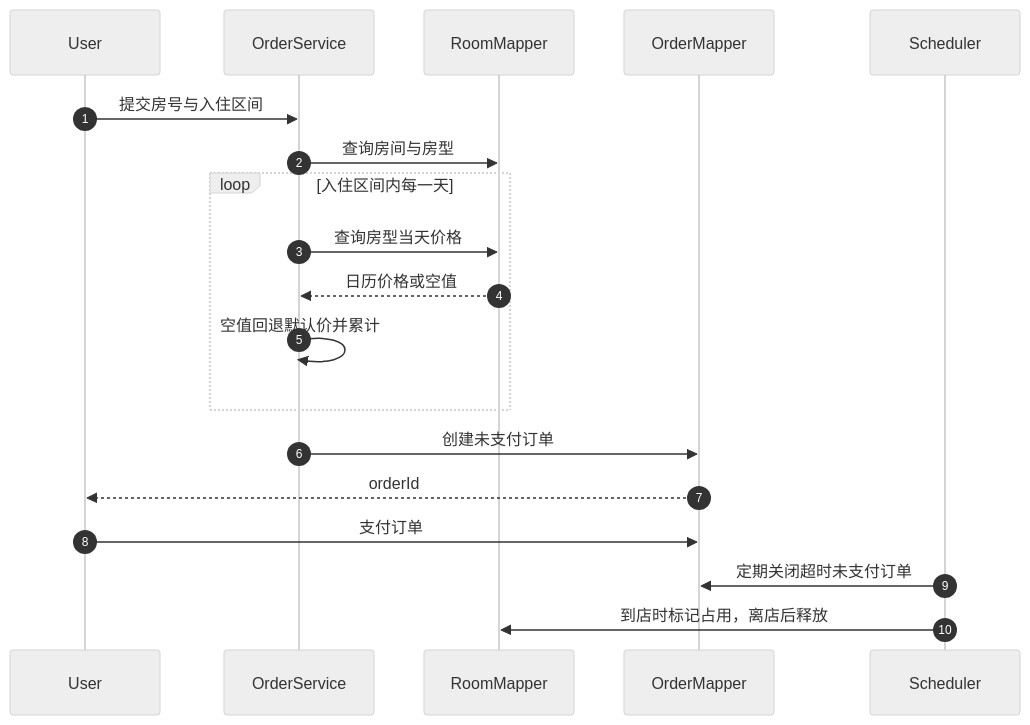
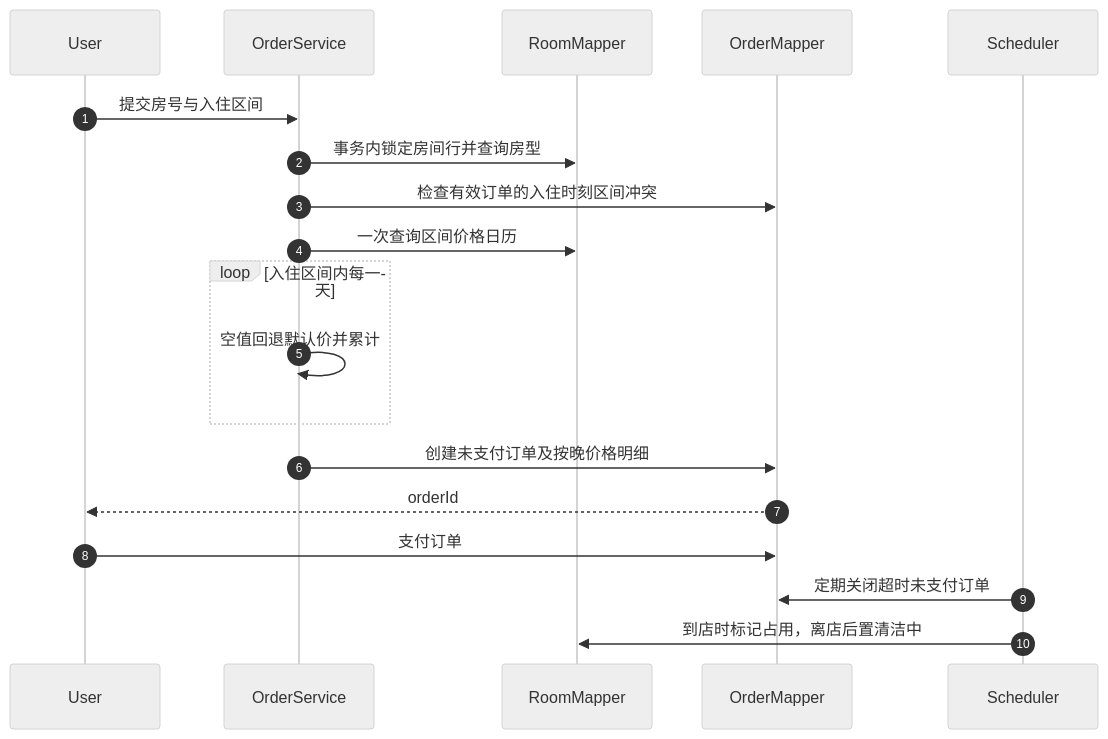
Before and after one commit to Attacker687/HotelSystemBackend: the fourth of 8 diagrams in docs/architecture.md, drawn with Mermaid (neutral theme). The commit also changed other lines of this file and 35 other files, not shown here.

````diff
--- a/docs/architecture.md
+++ b/docs/architecture.md
@@ -153,22 +153,22 @@
 ```mermaid
 sequenceDiagram
     autonumber
     participant U as User
     participant O as OrderService
     participant R as RoomMapper
     participant D as OrderMapper
     participant T as Scheduler
 
     U->>O: 提交房号与入住区间
-    O->>R: 查询房间与房型
+    O->>R: 事务内锁定房间行并查询房型
+    O->>D: 检查有效订单的入住时刻区间冲突
+    O->>R: 一次查询区间价格日历
     loop 入住区间内每一天
-        O->>R: 查询房型当天价格
-        R-->>O: 日历价格或空值
         O->>O: 空值回退默认价并累计
     end
-    O->>D: 创建未支付订单
+    O->>D: 创建未支付订单及按晚价格明细
     D-->>U: orderId
     U->>D: 支付订单
     T->>D: 定期关闭超时未支付订单
-    T->>R: 到店时标记占用，离店后释放
+    T->>R: 到店时标记占用，离店后置清洁中
 ```
````
